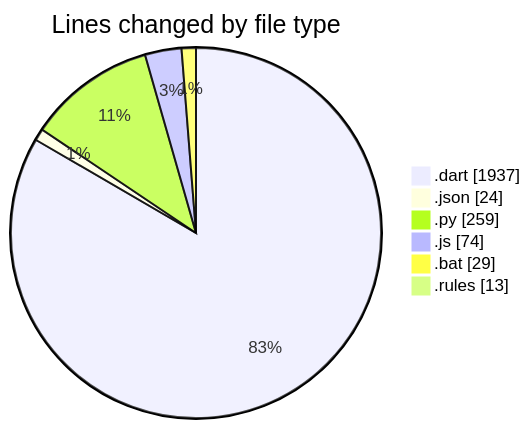
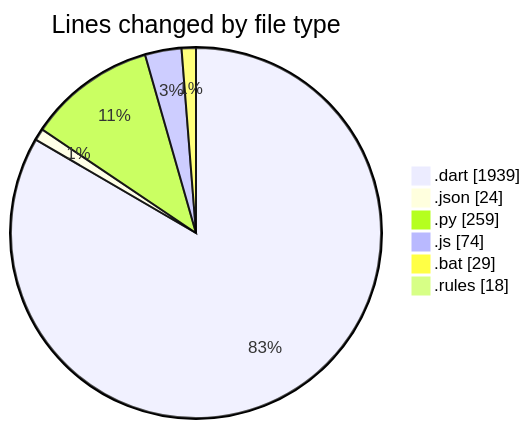
One commit to lephambinh05/code-tracking changed the first of 2 diagrams in 2025-08-04/studybuddy/README.md. Above: the diagram before and after it, drawn with Mermaid. The commit also changed other lines of this file and 1 other file, not shown here.

````diff
--- a/2025-08-04/studybuddy/README.md
+++ b/2025-08-04/studybuddy/README.md
@@ -43,10 +43,10 @@
 ```mermaid
 pie showData
 title Lines changed by file type
-".dart" : 1937
+".dart" : 1939
 ".json" : 24
 ".py" : 259
 ".js" : 74
 ".bat" : 29
-".rules" : 13
+".rules" : 18
 ```
````
